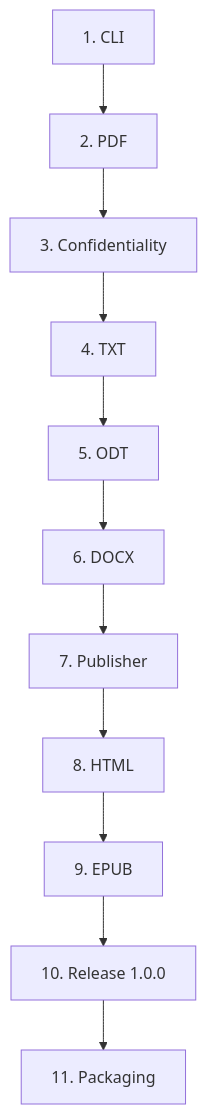
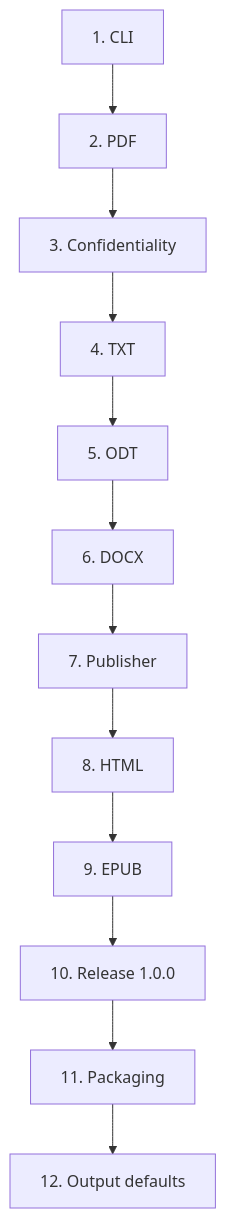
One commit to Tralen/pageformer changed the diagram in docs/roadmap.md. Above: the diagram before and after it, drawn with Mermaid. The commit also changed other lines of this file and 15 other files, not shown here.

````diff
--- a/docs/roadmap.md
+++ b/docs/roadmap.md
@@ -21,13 +22,14 @@
 ```mermaid
 flowchart TD
     CLI[1. CLI] --> PDF[2. PDF]
     PDF --> Confidentiality[3. Confidentiality]
     Confidentiality --> TXT[4. TXT]
     TXT --> ODT[5. ODT]
     ODT --> DOCX[6. DOCX]
     DOCX --> Publisher[7. Publisher]
     Publisher --> HTML[8. HTML]
     HTML --> EPUB[9. EPUB]
     EPUB --> Release[10. Release 1.0.0]
     Release --> Packaging[11. Packaging]
+    Packaging --> OutputDefaults[12. Output defaults]
 ```
````
